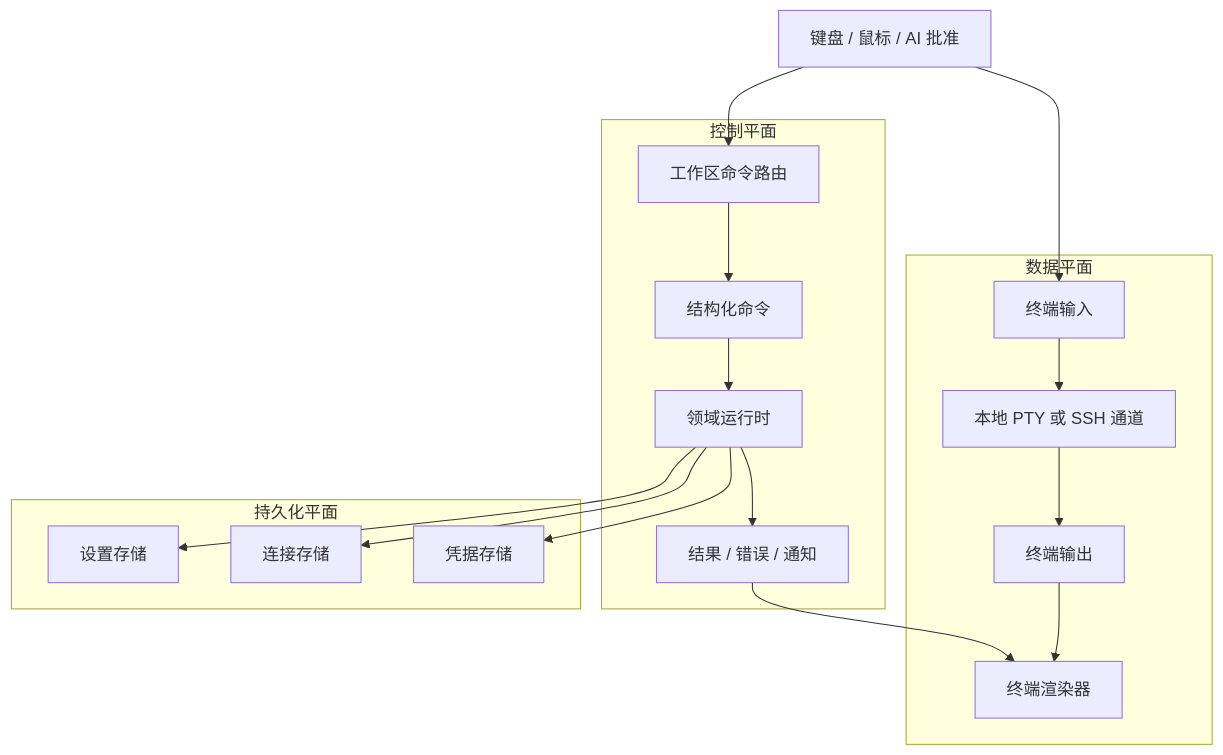
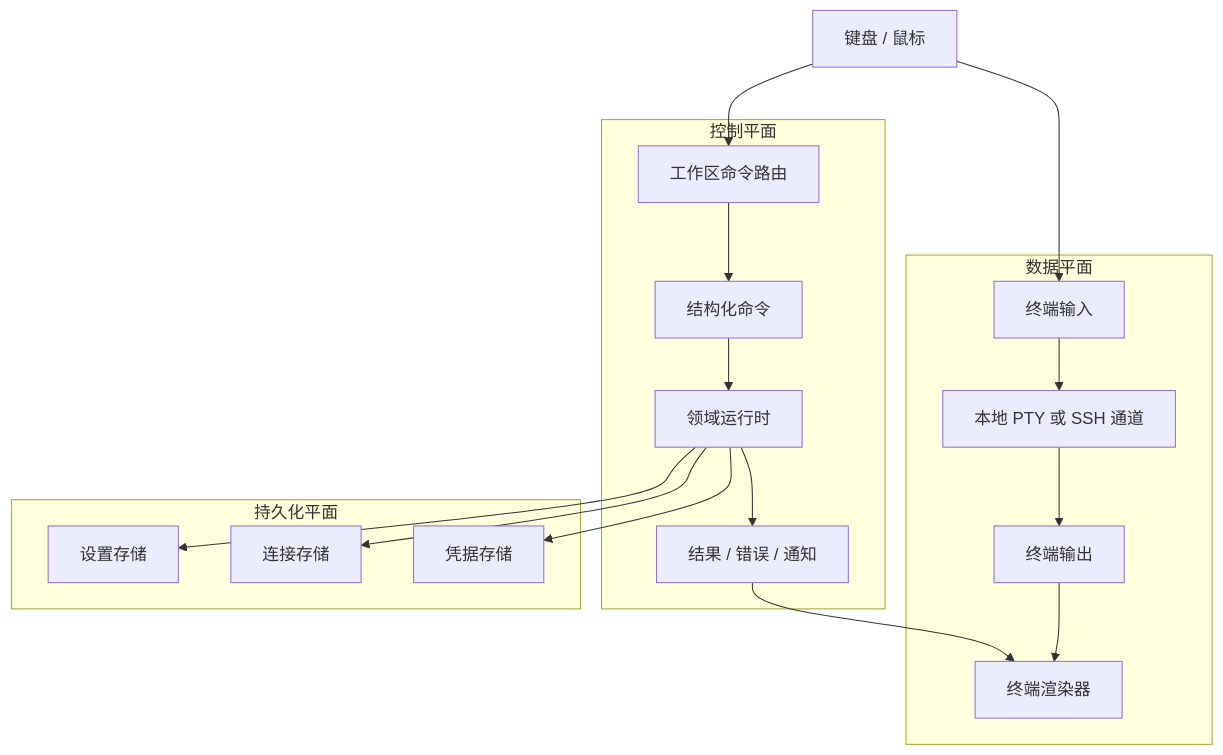
One commit to imeilige/oxideterm changed the third of 12 diagrams in docs/user-guide/zh-Hans/architecture.md. Above: the diagram before and after it, drawn with Mermaid. The commit also changed other lines of this file and 339 other files, not shown here.

````diff
--- a/docs/user-guide/zh-Hans/architecture.md
+++ b/docs/user-guide/zh-Hans/architecture.md
@@ -272,27 +259,27 @@
 ```mermaid
 flowchart TB
-    Input["键盘 / 鼠标 / AI 批准"] --> Router["工作区命令路由"]
+    Input["键盘 / 鼠标"] --> Router["工作区命令路由"]
 
     subgraph DataPlane["数据平面"]
         TermIn["终端输入"]
         PtyOrSsh["本地 PTY 或 SSH 通道"]
         TermOut["终端输出"]
         Renderer["终端渲染器"]
         TermIn --> PtyOrSsh --> TermOut --> Renderer
     end
 
     subgraph ControlPlane["控制平面"]
         Router --> Cmd["结构化命令"]
         Cmd --> Domain["领域运行时"]
         Domain --> Result["结果 / 错误 / 通知"]
     end
 
     subgraph PersistencePlane["持久化平面"]
         Domain --> SettingsStore["设置存储"]
         Domain --> ConnectionStore["连接存储"]
         Domain --> SecretStore["凭据存储"]
     end
 
     Input --> TermIn
     Result --> Renderer
 ```
````
